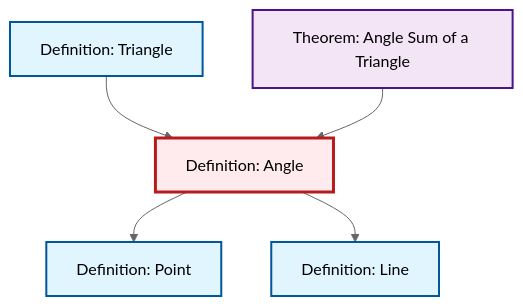
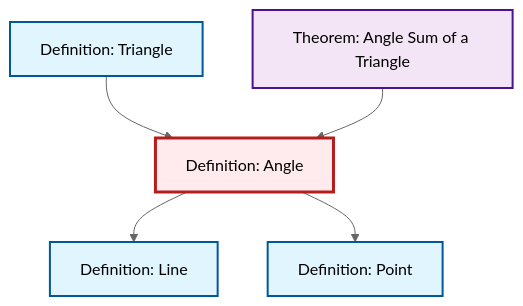
The diagram in content/en/geometry/def-angle.qmd (RK0429/ModernMath), drawn with Mermaid (neutral theme) before and after one commit. The commit also changed other lines of this file and 597 other files, not shown here.

````diff
--- a/content/en/geometry/def-angle.qmd
+++ b/content/en/geometry/def-angle.qmd
@@ -49,23 +49,23 @@
 ```{mermaid}
 %%| fig-cap: "Local dependency graph"
 graph TD
     classDef definition fill:#e1f5fe,stroke:#01579b,stroke-width:2px
     classDef theorem fill:#f3e5f5,stroke:#4a148c,stroke-width:2px
     classDef axiom fill:#fff3e0,stroke:#e65100,stroke-width:2px
     classDef example fill:#e8f5e9,stroke:#1b5e20,stroke-width:2px
     classDef current fill:#ffebee,stroke:#b71c1c,stroke-width:3px
-    def-point["Definition: Point"]:::definition
+    thm-angle-sum-triangle["Theorem: Angle Sum of a Triangle"]:::theorem
     def-triangle["Definition: Triangle"]:::definition
     def-line["Definition: Line"]:::definition
-    thm-angle-sum-triangle["Theorem: Angle Sum of a Triangle"]:::theorem
     def-angle["Definition: Angle"]:::definition
-    def-angle --> def-point
-    def-angle --> def-line
+    def-point["Definition: Point"]:::definition
     def-triangle --> def-angle
     thm-angle-sum-triangle --> def-angle
+    def-angle --> def-line
+    def-angle --> def-point
     class def-angle current
-    click def-point "def-point.html" "Go to Point definition"
+    click thm-angle-sum-triangle "thm-angle-sum-triangle.html" "Go to Angle Sum of a Triangle theorem"
     click def-triangle "def-triangle.html" "Go to Triangle definition"
     click def-line "def-line.html" "Go to Line definition"
-    click thm-angle-sum-triangle "thm-angle-sum-triangle.html" "Go to Angle Sum of a Triangle theorem"
+    click def-point "def-point.html" "Go to Point definition"
 ```
````
